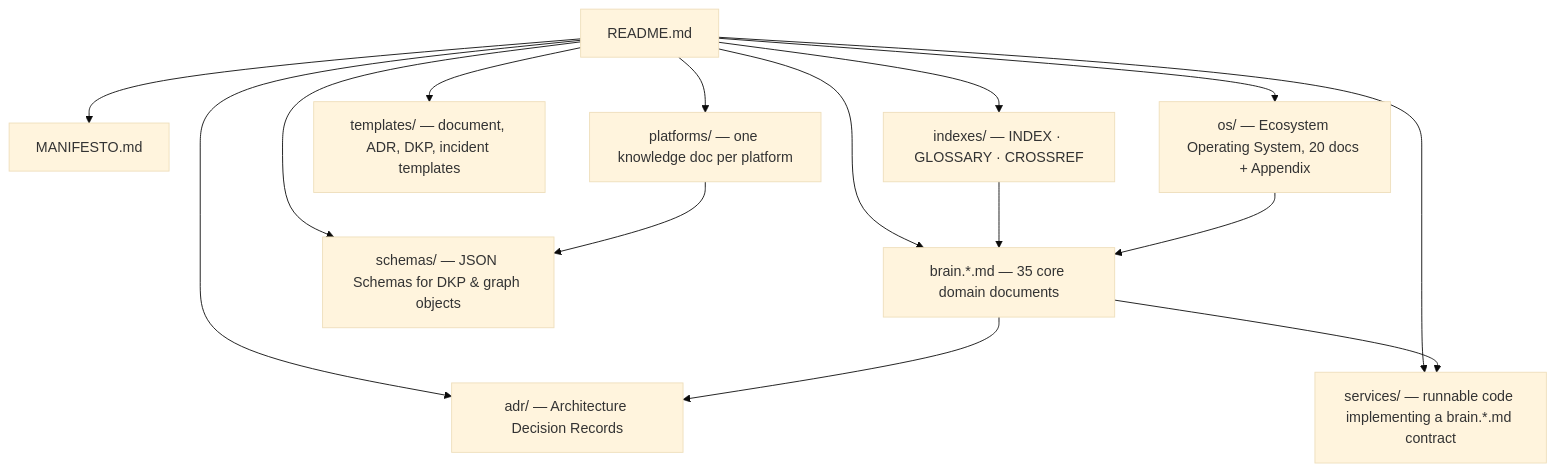
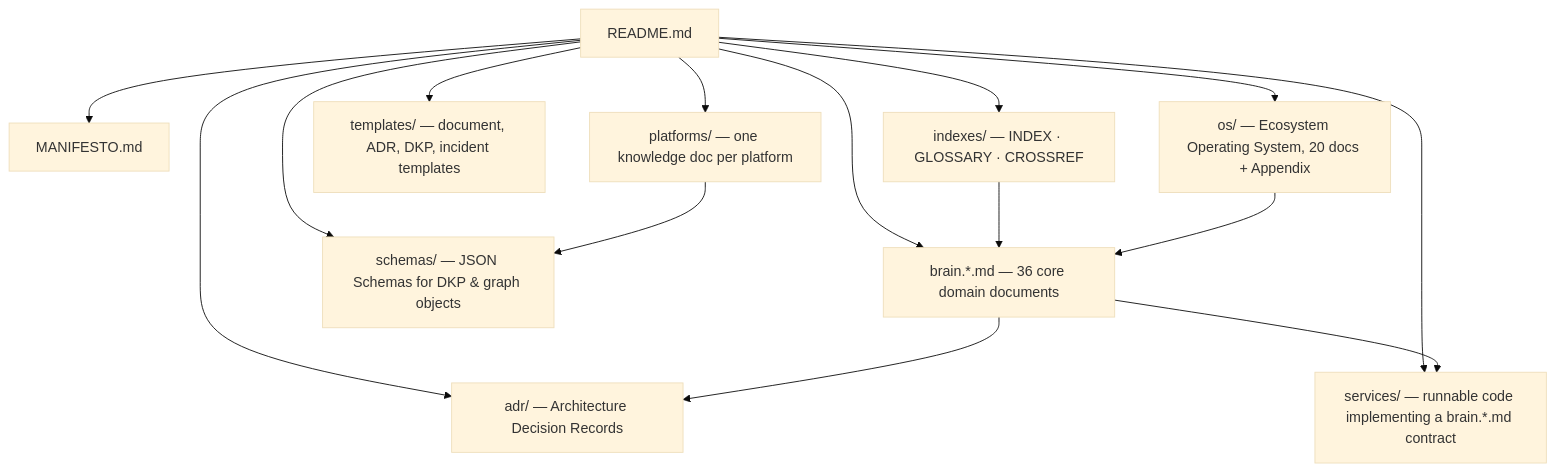
One commit to sakhilebhayi/Dot.Brain changed the second of 2 diagrams in README.md. Above: the diagram before and after it, drawn with Mermaid (base theme). The commit also changed other lines of this file and 3 other files, not shown here.

````diff
--- a/README.md
+++ b/README.md
@@ -60,17 +60,17 @@
 ```mermaid
 flowchart TD
     R[README.md] --> M[MANIFESTO.md]
     R --> OS[os/ — Ecosystem Operating System, 20 docs + Appendix]
     R --> IDX[indexes/ — INDEX · GLOSSARY · CROSSREF]
-    R --> CORE[brain.*.md — 35 core domain documents]
+    R --> CORE[brain.*.md — 36 core domain documents]
     R --> ADR[adr/ — Architecture Decision Records]
     R --> SCH[schemas/ — JSON Schemas for DKP & graph objects]
     R --> TPL[templates/ — document, ADR, DKP, incident templates]
     R --> PLT[platforms/ — one knowledge doc per platform]
     R --> SVC[services/ — runnable code implementing a brain.*.md contract]
     IDX --> CORE
     CORE --> ADR
     CORE --> SVC
     PLT --> SCH
     OS --> CORE
 ```
````
